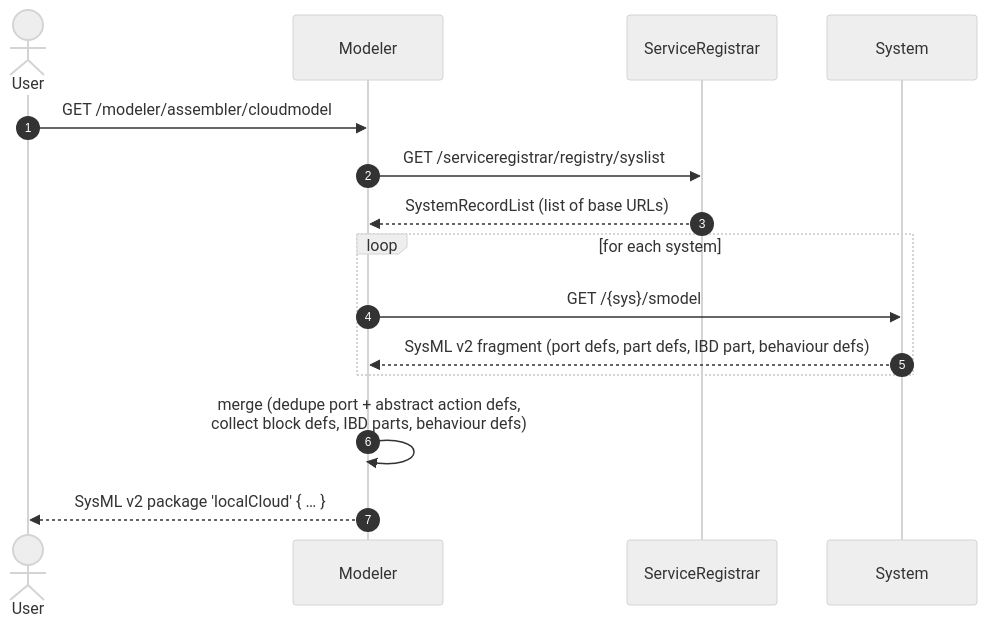
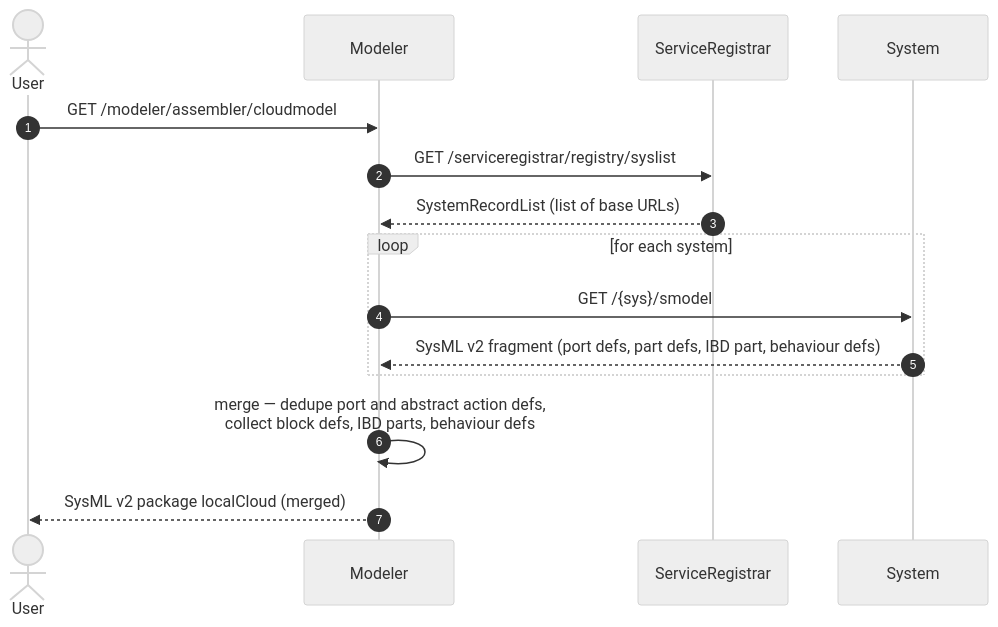
Before and after one commit to sdoque/systems: the diagram in modeler/README.md, drawn with Mermaid (neutral theme). The commit also changed 1 other file, not shown here.

Commit message:
Mermaid complaints

````diff
--- a/modeler/README.md
+++ b/modeler/README.md
@@ -69,20 +69,20 @@
 ```mermaid
 sequenceDiagram
     autonumber
     actor User
     participant M  as Modeler
     participant SR as ServiceRegistrar
     participant S  as System
 
     User->>M: GET /modeler/assembler/cloudmodel
     M->>SR: GET /serviceregistrar/registry/syslist
     SR-->>M: SystemRecordList (list of base URLs)
 
     loop for each system
         M->>S: GET /{sys}/smodel
         S-->>M: SysML v2 fragment (port defs, part defs, IBD part, behaviour defs)
     end
 
-    M->>M: merge (dedupe port + abstract action defs,<br/>collect block defs, IBD parts, behaviour defs)
-    M-->>User: SysML v2 package 'localCloud' { … }
+    M->>M: merge — dedupe port and abstract action defs,<br/>collect block defs, IBD parts, behaviour defs
+    M-->>User: SysML v2 package localCloud (merged)
 ```
````
